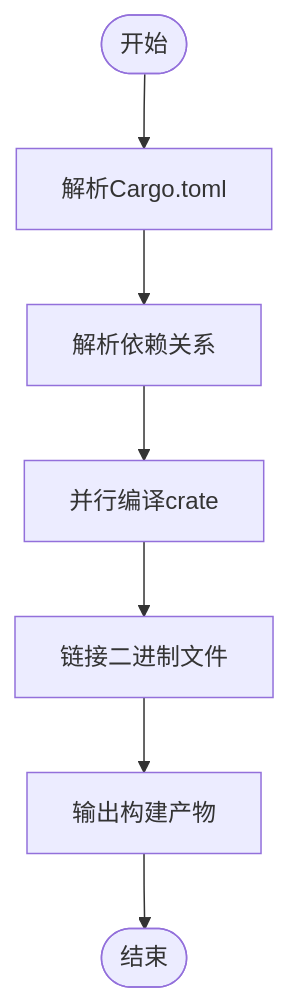
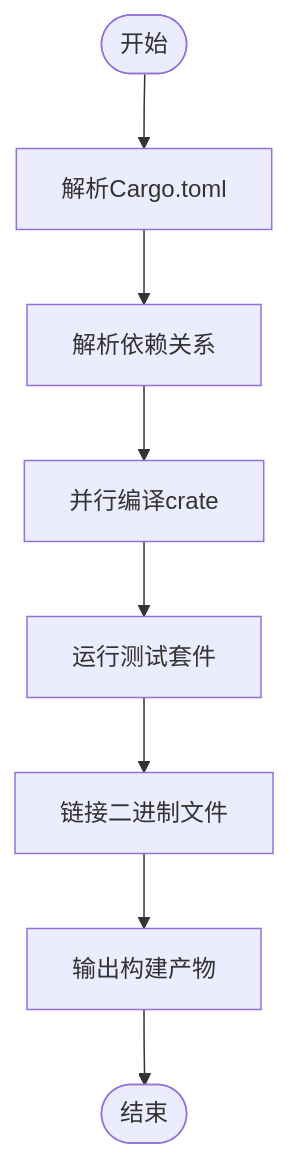
Before and after one commit to rzhangjing/cesium: the third of 7 diagrams in .qoder/repowiki/zh/content/构建与部署/构建系统配置/构建系统配置.md, drawn with Mermaid. The commit also changed other lines of this file and 38 other files, not shown here.

````diff
--- a/.qoder/repowiki/zh/content/构建与部署/构建系统配置/构建系统配置.md
+++ b/.qoder/repowiki/zh/content/构建与部署/构建系统配置/构建系统配置.md
@@ -129,9 +147,10 @@
 ```mermaid
 flowchart TD
 Start(["开始"]) --> Parse["解析Cargo.toml"]
 Parse --> Resolve["解析依赖关系"]
 Resolve --> Compile["并行编译crate"]
-Compile --> Link["链接二进制文件"]
+Compile --> Test["运行测试套件"]
+Test --> Link["链接二进制文件"]
 Link --> Output["输出构建产物"]
 Output --> End(["结束"])
 ```
````
